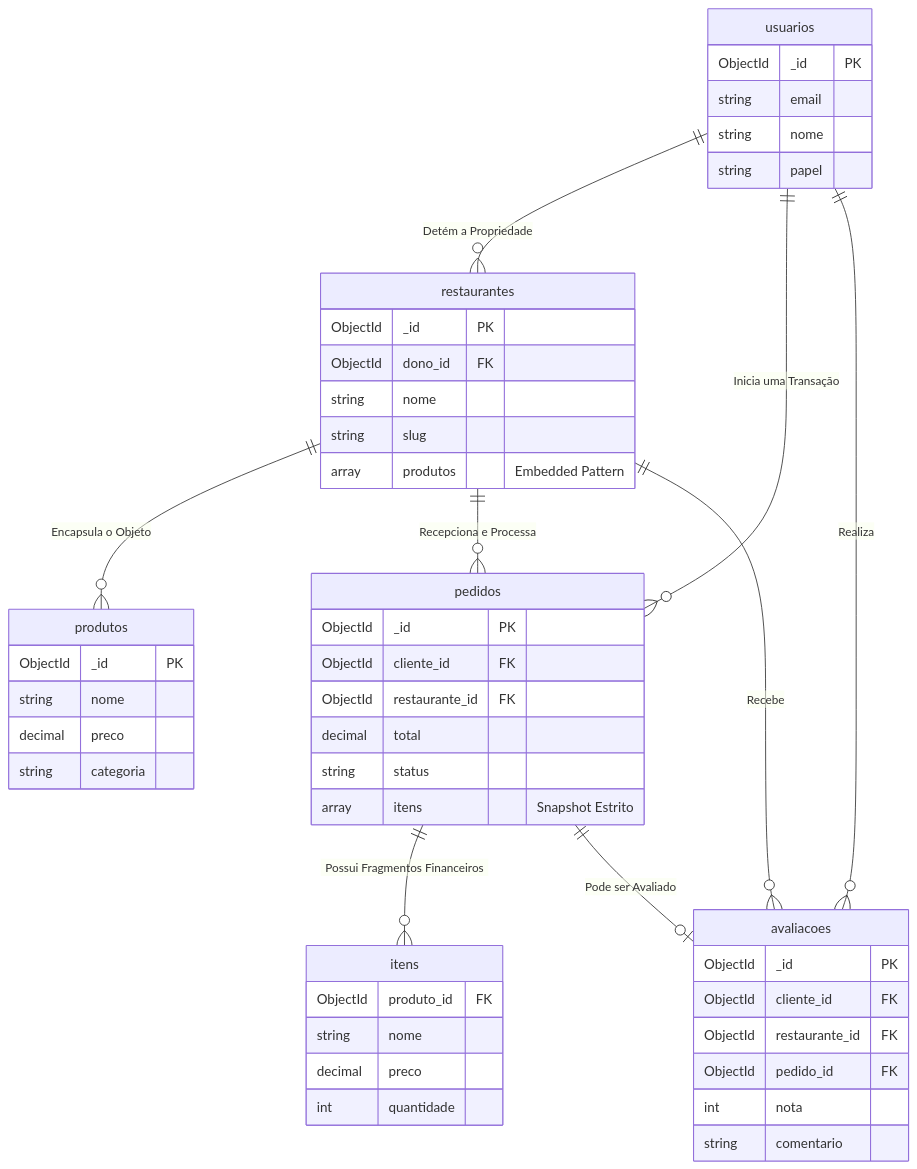
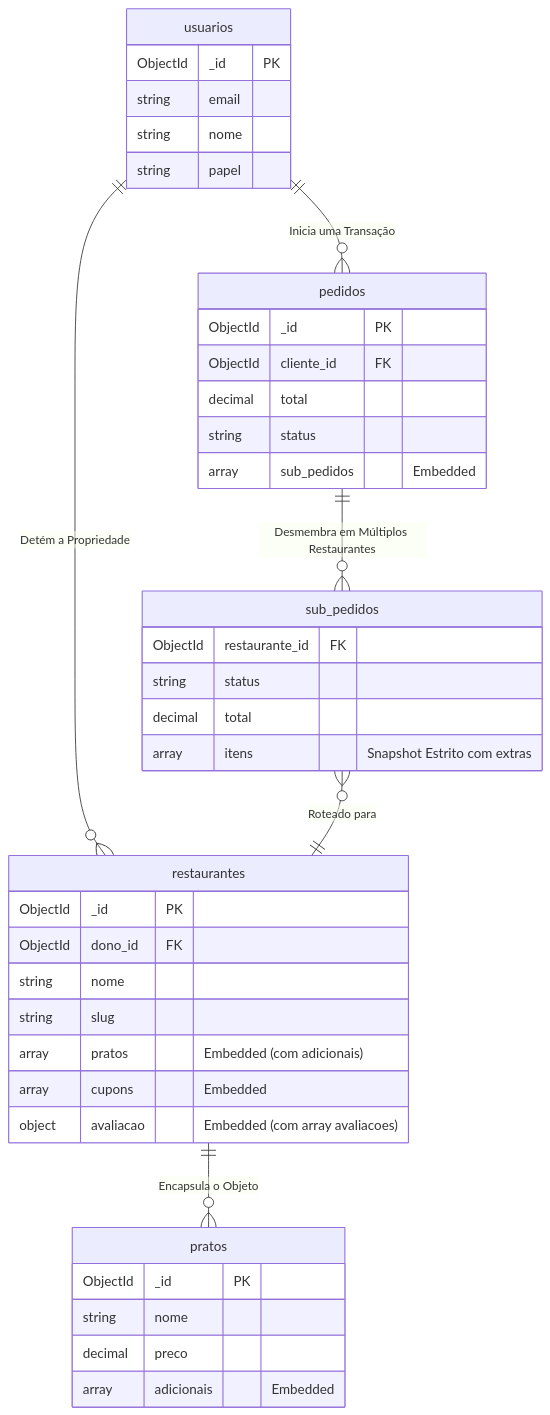
Before and after one commit to pedroprobst/cardapio_fabio: the diagram in docs/06-modelagem-mongodb.md, drawn with Mermaid. The commit also changed other lines of this file and 10 other files, not shown here.

````diff
--- a/docs/06-modelagem-mongodb.md
+++ b/docs/06-modelagem-mongodb.md
@@ -227,58 +264,47 @@
 ```mermaid
 erDiagram
     usuarios {
         ObjectId _id PK
         string email
         string nome
         string papel
     }
 
     restaurantes {
         ObjectId _id PK
         ObjectId dono_id FK
         string nome
         string slug
-        array produtos "Embedded Pattern"
+        array pratos "Embedded (com adicionais)"
+        array cupons "Embedded"
+        object avaliacao "Embedded (com array avaliacoes)"
     }
 
-    produtos {
+    pratos {
         ObjectId _id PK
         string nome
         decimal preco
-        string categoria
+        array adicionais "Embedded"
     }
 
     pedidos {
         ObjectId _id PK
         ObjectId cliente_id FK
-        ObjectId restaurante_id FK
         decimal total
         string status
-        array itens "Snapshot Estrito"
+        array sub_pedidos "Embedded"
     }
 
-    itens {
-        ObjectId produto_id FK
-        string nome
-        decimal preco
-        int quantidade
-    }
-
-    avaliacoes {
-        ObjectId _id PK
-        ObjectId cliente_id FK
+    sub_pedidos {
         ObjectId restaurante_id FK
-        ObjectId pedido_id FK
-        int nota
-        string comentario
+        string status
+        decimal total
+        array itens "Snapshot Estrito com extras"
     }
 
     usuarios ||--o{ restaurantes : "Detém a Propriedade"
     usuarios ||--o{ pedidos : "Inicia uma Transação"
-    usuarios ||--o{ avaliacoes : "Realiza"
-    restaurantes ||--o{ produtos : "Encapsula o Objeto"
-    restaurantes ||--o{ pedidos : "Recepciona e Processa"
-    restaurantes ||--o{ avaliacoes : "Recebe"
-    pedidos ||--o{ itens : "Possui Fragmentos Financeiros"
-    pedidos ||--o| avaliacoes : "Pode ser Avaliado"
+    restaurantes ||--o{ pratos : "Encapsula o Objeto"
+    pedidos ||--o{ sub_pedidos : "Desmembra em Múltiplos Restaurantes"
+    sub_pedidos }o--|| restaurantes : "Roteado para"
 ```
````
